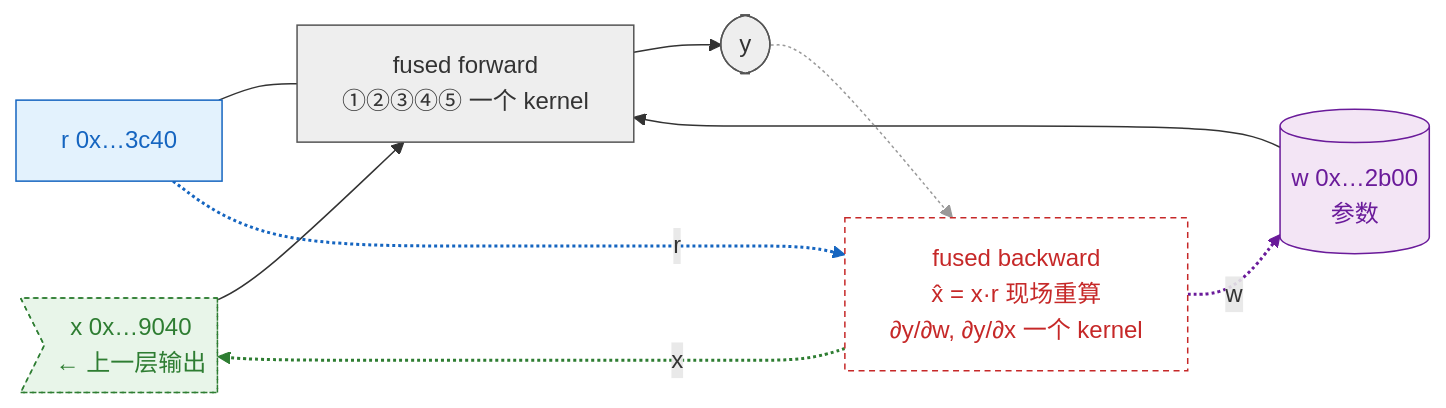
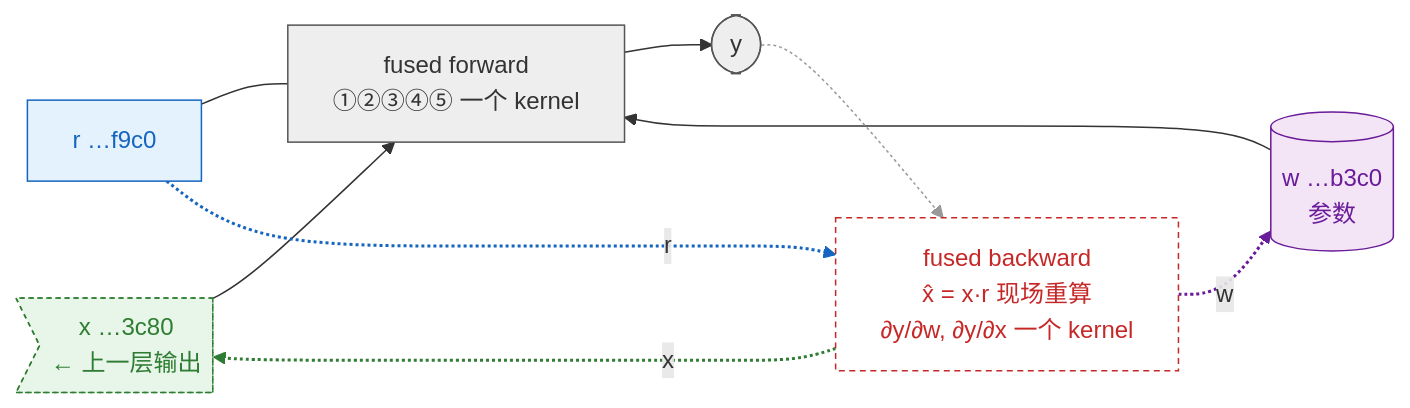
The second of 6 diagrams in hw2/notes/blog.md (noviorlu/cs336), drawn with Mermaid before and after one commit. The commit also changed other lines of this file and 1 other file, not shown here.

Commit message:
docs(blog): §3.1 贴 notebook 原始 pack/unpack 输出并对齐图中 ptr；§3 四级标题改为 §2 同款 (a)(b)；§1.3 说明 /token 与 /step

````diff
--- a/hw2/notes/blog.md
+++ b/hw2/notes/blog.md
@@ -409,35 +421,35 @@
 ```mermaid
 flowchart LR
     classDef param fill:#f3e5f5,stroke:#6a1b9a,color:#6a1b9a
     classDef act fill:#e8f5e9,stroke:#2e7d32,color:#2e7d32,stroke-dasharray:3 3
     classDef op fill:#eeeeee,stroke:#555
     classDef rR fill:#e3f2fd,stroke:#1565c0,color:#1565c0
     classDef bwd fill:#fff,stroke:#c62828,stroke-dasharray:4 3,color:#c62828
 
-    x>"x  0x…9040
+    x>"x  …3c80
 ← 上一层输出"]:::act
-    w[("w  0x…2b00
+    w[("w  …b3c0
 参数")]:::param
     F["fused forward
 ①②③④⑤ 一个 kernel"]:::op
     y(["y"]):::op
-    SR["r  0x…3c40"]:::rR
+    SR["r  …f9c0"]:::rR
     B["fused backward
 x̂ = x·r 现场重算
 ∂y/∂w, ∂y/∂x 一个 kernel"]:::bwd
 
     x --> F
     w --> F
     F --> y
     SR --- F
 
     y -.-> B
     SR -. "r" .-> B
     B -. "x" .-> x
     B -. "w" .-> w
 
     linkStyle 4 stroke:#999
     linkStyle 5 stroke:#1565c0,stroke-width:2px
     linkStyle 6 stroke:#2e7d32,stroke-width:2px
     linkStyle 7 stroke:#6a1b9a,stroke-width:2px
 ```
````
